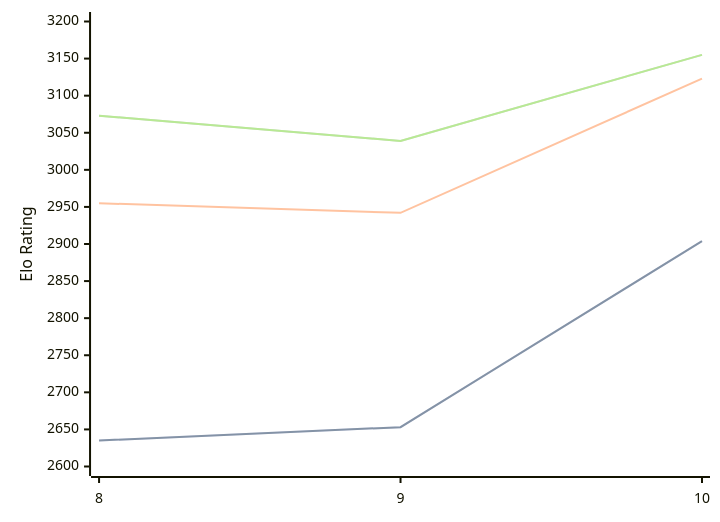
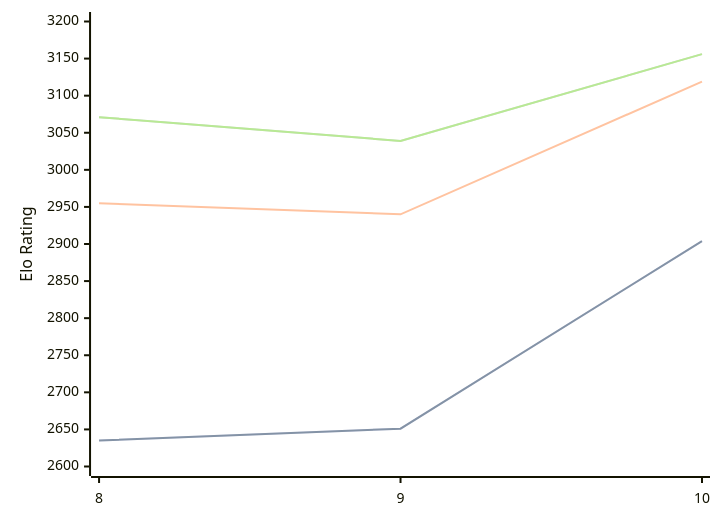
Before and after one commit to computer-chess-index/cci: the diagram in engines/Lozza.md, drawn with Mermaid. The commit also changed other lines of this file, not shown here.

Commit message:
Update CCI Ratings (ELO VLTC) - 2026-04-21

````diff
--- a/engines/Lozza.md
+++ b/engines/Lozza.md
@@ -41,11 +41,11 @@
 ```mermaid
 %%{init: {"theme":"base","themeVariables":{"seriesColors:['#a3a3a3','#222221','#faa371']}}}%%
 xychart-beta
   x-axis ["8", "9", "10"]
   y-axis "Elo Rating" 2600 --> 3200
-  line "STC (8.0+0.08s)" [2635, 2653, 2904]
-  line "STC (8.0+0.08s)" [2635, 2653, 2904]
-  line "LTC (60.0+0.60s)" [2955, 2942, 3123]
-  line "VLTC (2m24s+1.12s)" [3073, 3039, 3155]
-  line "VLTC (2m24s+1.12s)" [3073, 3039, 3155]
+  line "STC (8.0+0.08s)" [2635, 2651, 2904]
+  line "STC (8.0+0.08s)" [2635, 2651, 2904]
+  line "LTC (60.0+0.60s)" [2955, 2940, 3119]
+  line "VLTC (2m24s+1.12s)" [3071, 3039, 3156]
+  line "VLTC (2m24s+1.12s)" [3071, 3039, 3156]
 ```
````
